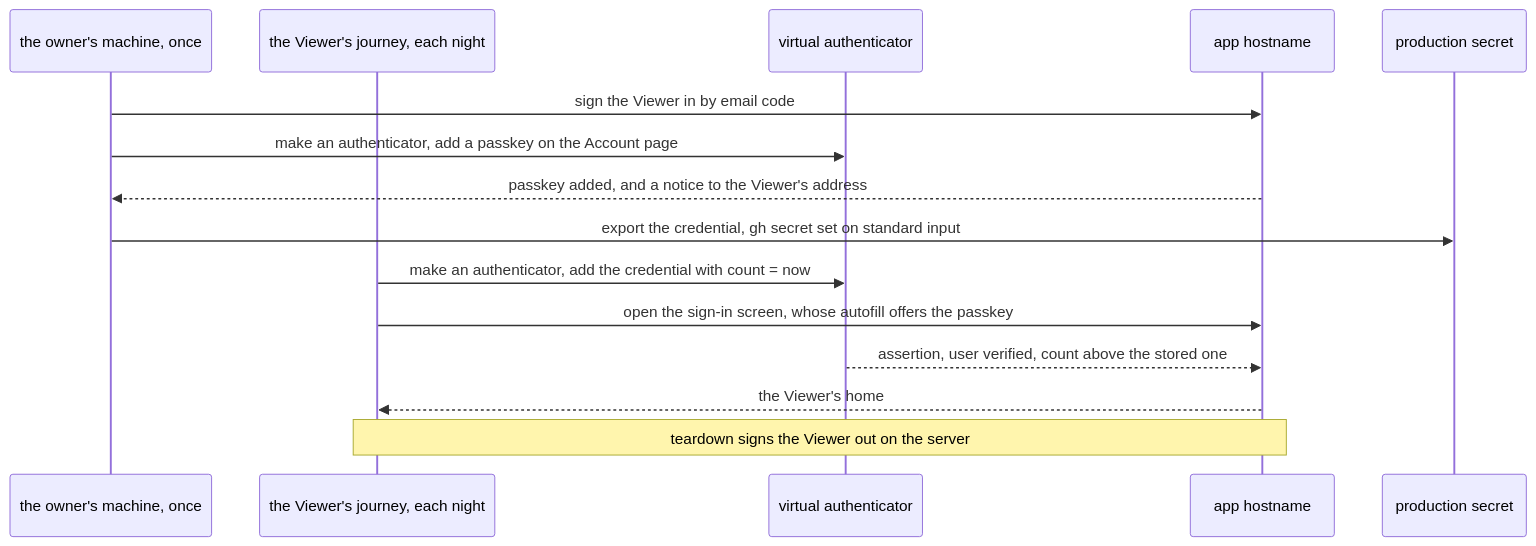
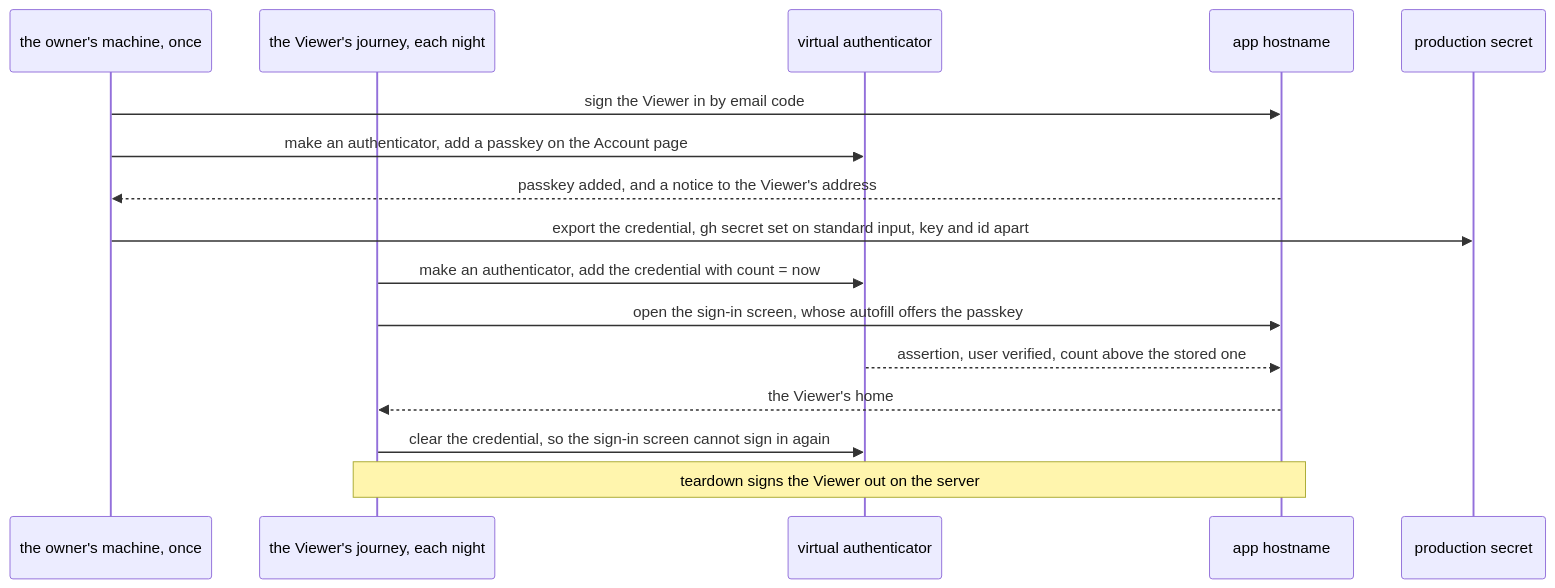
One commit to betteranswers/better-answers changed the fourth of 6 diagrams in docs/plans/2026-10-02-1625-feat-signed-in-journeys-in-production-plan.md. Above: the diagram before and after it, drawn with Mermaid. The commit also changed other lines of this file, not shown here.

First line of the commit message:
docs: fold the passkey journey's flow analysis into its plan

````diff
--- a/docs/plans/2026-10-02-1625-feat-signed-in-journeys-in-production-plan.md
+++ b/docs/plans/2026-10-02-1625-feat-signed-in-journeys-in-production-plan.md
@@ -328,17 +328,18 @@
 ```mermaid
 sequenceDiagram
   participant O as the owner's machine, once
   participant J as the Viewer's journey, each night
   participant V as virtual authenticator
   participant A as app hostname
   participant S as production secret
   O->>A: sign the Viewer in by email code
   O->>V: make an authenticator, add a passkey on the Account page
   A-->>O: passkey added, and a notice to the Viewer's address
-  O->>S: export the credential, gh secret set on standard input
+  O->>S: export the credential, gh secret set on standard input, key and id apart
   J->>V: make an authenticator, add the credential with count = now
   J->>A: open the sign-in screen, whose autofill offers the passkey
   V-->>A: assertion, user verified, count above the stored one
   A-->>J: the Viewer's home
+  J->>V: clear the credential, so the sign-in screen cannot sign in again
   Note over J,A: teardown signs the Viewer out on the server
 ```
````
